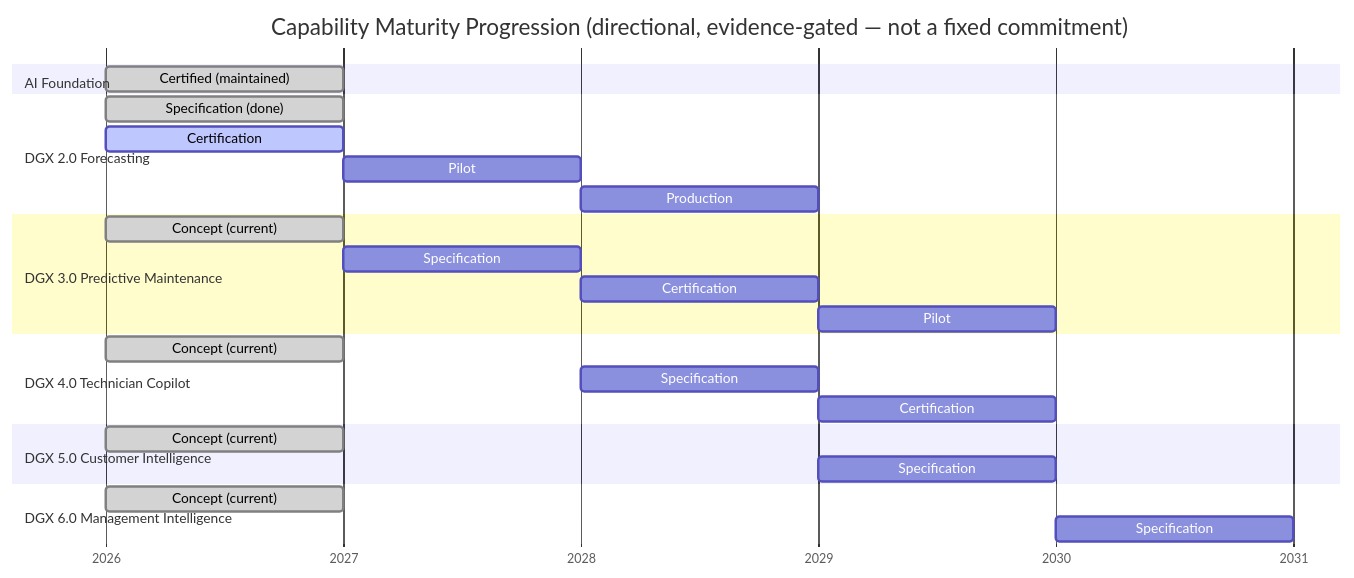
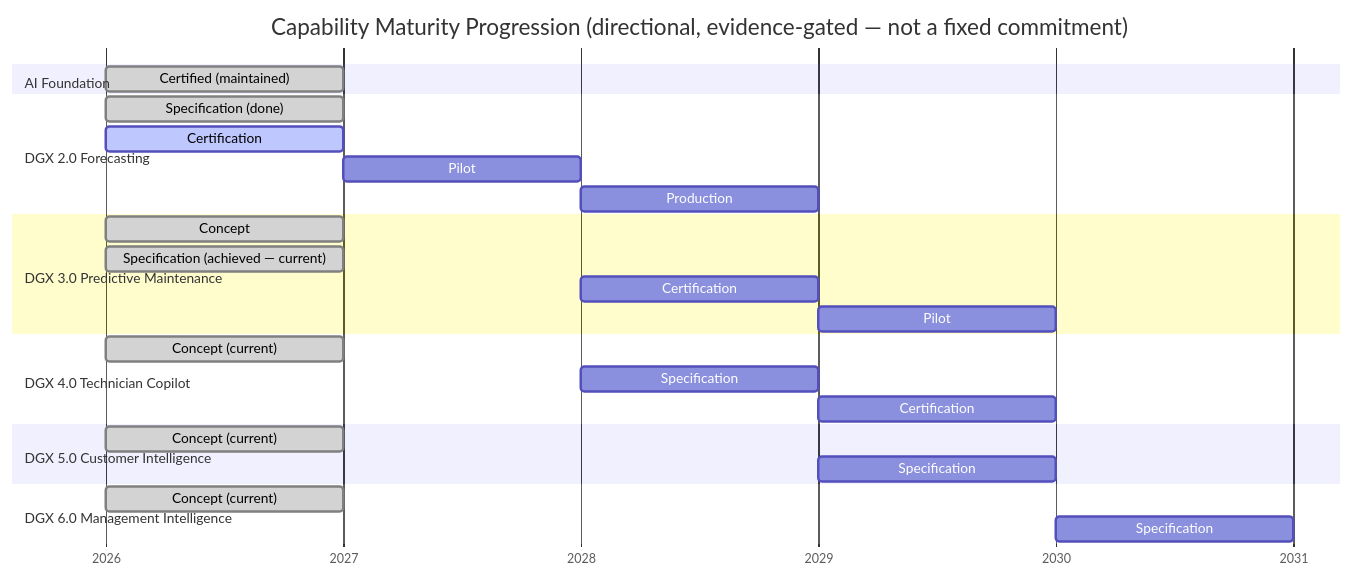
One commit to husseizo/GSL2026 changed the third of 5 diagrams in docs/strategy/AIOS_ENTERPRISE_ROADMAP_V1.md. Above: the diagram before and after it, drawn with Mermaid. The commit also changed other lines of this file and 5 other files, not shown here.

First line of the commit message:
docs: approve DGX 3.0 specification and advance maturity

````diff
--- a/docs/strategy/AIOS_ENTERPRISE_ROADMAP_V1.md
+++ b/docs/strategy/AIOS_ENTERPRISE_ROADMAP_V1.md
@@ -131,28 +131,28 @@
 ```mermaid
 gantt
     title Capability Maturity Progression (directional, evidence-gated — not a fixed commitment)
     dateFormat  YYYY
     axisFormat  %Y
     section AI Foundation
     Certified (maintained)      :done, found, 2026, 1y
     section DGX 2.0 Forecasting
     Specification (done)        :done, dgx2spec, 2026, 1y
     Certification               :active, dgx2cert, 2026, 1y
     Pilot                       :dgx2pilot, after dgx2cert, 1y
     Production                  :dgx2prod, after dgx2pilot, 1y
     section DGX 3.0 Predictive Maintenance
-    Concept (current)           :done, dgx3concept, 2026, 1y
-    Specification               :dgx3spec, 2027, 1y
+    Concept                     :done, dgx3concept, 2026, 1y
+    Specification (achieved — current) :done, dgx3spec, 2026, 1y
     Certification                :dgx3cert, 2028, 1y
     Pilot                       :dgx3pilot, 2029, 1y
     section DGX 4.0 Technician Copilot
     Concept (current)           :done, dgx4concept, 2026, 1y
     Specification               :dgx4spec, 2028, 1y
     Certification                :dgx4cert, 2029, 1y
     section DGX 5.0 Customer Intelligence
     Concept (current)           :done, dgx5concept, 2026, 1y
     Specification               :dgx5spec, 2029, 1y
     section DGX 6.0 Management Intelligence
     Concept (current)           :done, dgx6concept, 2026, 1y
     Specification               :dgx6spec, 2030, 1y
 ```
````
